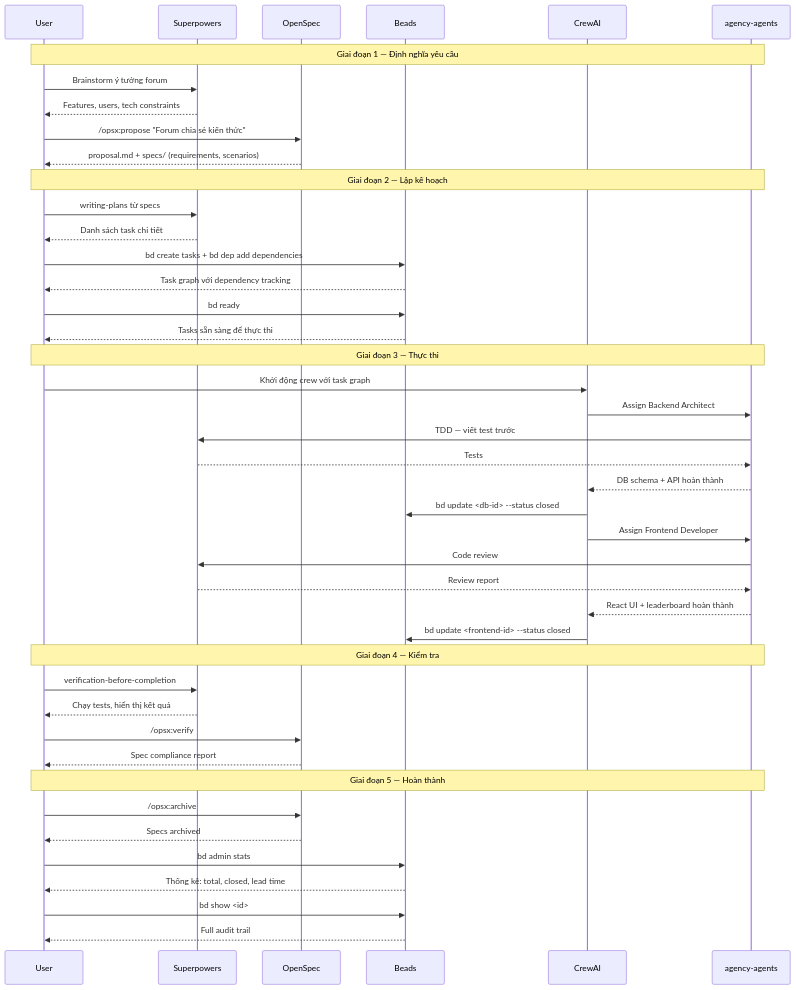
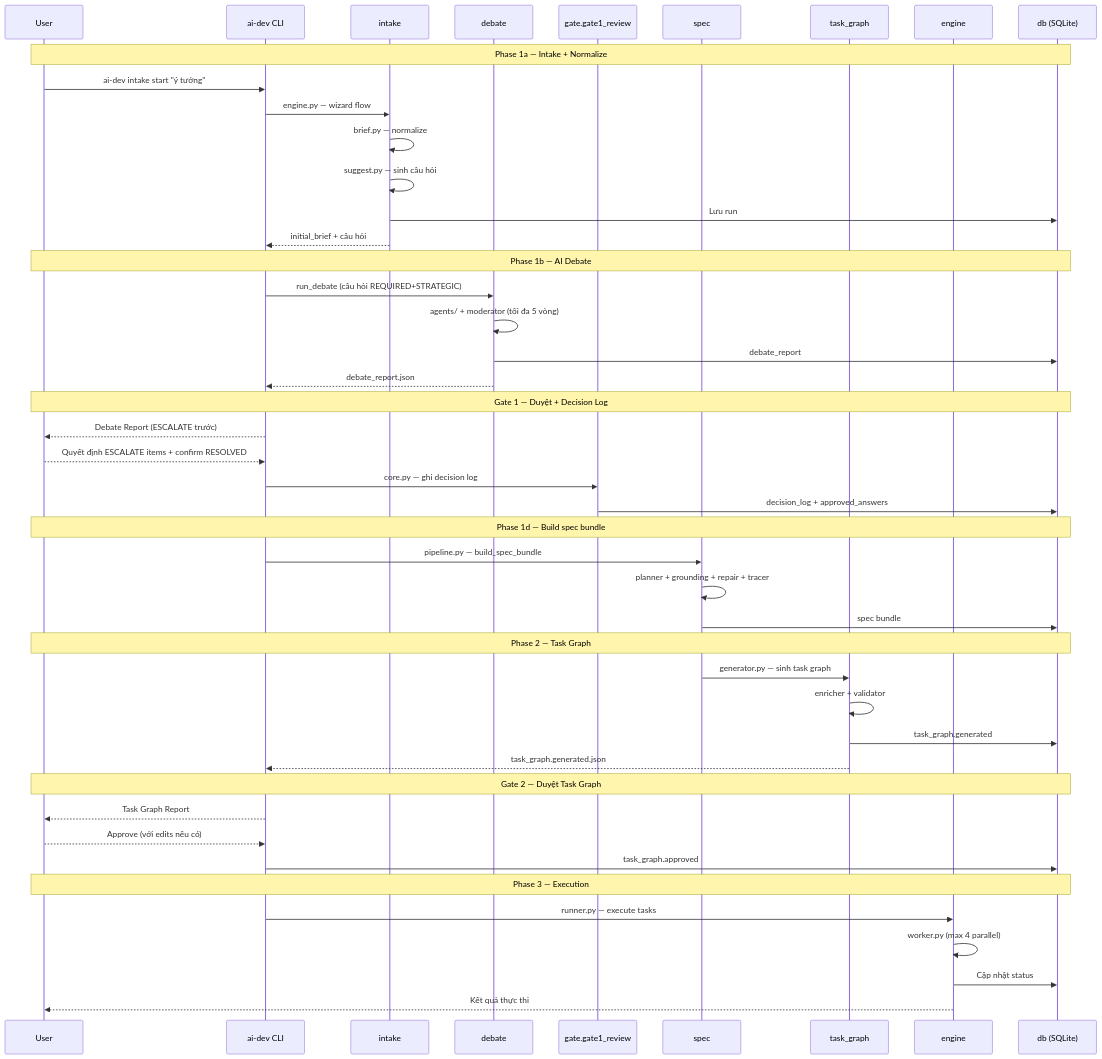
One commit to hungngominh/ai-development-system changed the diagram in docs/workflow.md. Above: the diagram before and after it, drawn with Mermaid. The commit also changed other lines of this file and 8 other files, not shown here.

Commit message:
docs: update architecture diagrams and workflow documentation

````diff
--- a/docs/workflow.md
+++ b/docs/workflow.md
@@ -124,55 +122,54 @@
 ```mermaid
 sequenceDiagram
     participant U as User
-    participant SP as Superpowers
-    participant OS as OpenSpec
-    participant BD as Beads
-    participant CR as CrewAI
-    participant AA as agency-agents
+    participant CLI as ai-dev CLI
+    participant IN as intake
+    participant DB_mod as debate
+    participant G1 as gate.gate1_review
+    participant SP as spec
+    participant TG as task_graph
+    participant ENG as engine
+    participant DB as db (SQLite)
 
-    Note over U, AA: Giai đoạn 1 — Định nghĩa yêu cầu
+    Note over U,DB: Phase 1a — Intake + Normalize
+    U->>CLI: ai-dev intake start "ý tưởng"
+    CLI->>IN: engine.py — wizard flow
+    IN->>IN: brief.py — normalize
+    IN->>IN: suggest.py — sinh câu hỏi
+    IN->>DB: Lưu run
+    IN-->>CLI: initial_brief + câu hỏi
 
-    U->>SP: Brainstorm ý tưởng forum
-    SP-->>U: Features, users, tech constraints
-    U->>OS: /opsx:propose "Forum chia sẻ kiến thức"
-    OS-->>U: proposal.md + specs/ (requirements, scenarios)
+    Note over U,DB: Phase 1b — AI Debate
+    CLI->>DB_mod: run_debate (câu hỏi REQUIRED+STRATEGIC)
+    DB_mod->>DB_mod: agents/ + moderator (tối đa 5 vòng)
+    DB_mod->>DB: debate_report
+    DB_mod-->>CLI: debate_report.json
 
-    Note over U, AA: Giai đoạn 2 — Lập kế hoạch
+    Note over U,DB: Gate 1 — Duyệt + Decision Log
+    CLI-->>U: Debate Report (ESCALATE trước)
+    U-->>CLI: Quyết định ESCALATE items + confirm RESOLVED
+    CLI->>G1: core.py — ghi decision log
+    G1->>DB: decision_log + approved_answers
 
-    U->>SP: writing-plans từ specs
-    SP-->>U: Danh sách task chi tiết
-    U->>BD: bd create tasks + bd dep add dependencies
-    BD-->>U: Task graph với dependency tracking
-    U->>BD: bd ready
-    BD-->>U: Tasks sẵn sàng để thực thi
+    Note over U,DB: Phase 1d — Build spec bundle
+    CLI->>SP: pipeline.py — build_spec_bundle
+    SP->>SP: planner + grounding + repair + tracer
+    SP->>DB: spec bundle
 
-    Note over U, AA: Giai đoạn 3 — Thực thi
+    Note over U,DB: Phase 2 — Task Graph
+    SP->>TG: generator.py — sinh task graph
+    TG->>TG: enricher + validator
+    TG->>DB: task_graph.generated
+    TG-->>CLI: task_graph.generated.json
 
-    U->>CR: Khởi động crew với task graph
-    CR->>AA: Assign Backend Architect
-    AA->>SP: TDD — viết test trước
-    SP-->>AA: Tests
-    AA-->>CR: DB schema + API hoàn thành
-    CR->>BD: bd update <db-id> --status closed
-    CR->>AA: Assign Frontend Developer
-    AA->>SP: Code review
-    SP-->>AA: Review report
-    AA-->>CR: React UI + leaderboard hoàn thành
-    CR->>BD: bd update <frontend-id> --status closed
+    Note over U,DB: Gate 2 — Duyệt Task Graph
+    CLI-->>U: Task Graph Report
+    U-->>CLI: Approve (với edits nếu có)
+    CLI->>DB: task_graph.approved
 
-    Note over U, AA: Giai đoạn 4 — Kiểm tra
-
-    U->>SP: verification-before-completion
-    SP-->>U: Chạy tests, hiển thị kết quả
-    U->>OS: /opsx:verify
-    OS-->>U: Spec compliance report
-
-    Note over U, AA: Giai đoạn 5 — Hoàn thành
-
-    U->>OS: /opsx:archive
-    OS-->>U: Specs archived
-    U->>BD: bd admin stats
-    BD-->>U: Thống kê: total, closed, lead time
-    U->>BD: bd show <id>
-    BD-->>U: Full audit trail
+    Note over U,DB: Phase 3 — Execution
+    CLI->>ENG: runner.py — execute tasks
+    ENG->>ENG: worker.py (max 4 parallel)
+    ENG->>DB: Cập nhật status
+    ENG-->>U: Kết quả thực thi
 ```
````
